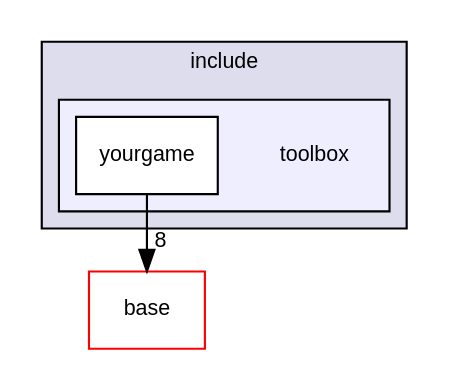
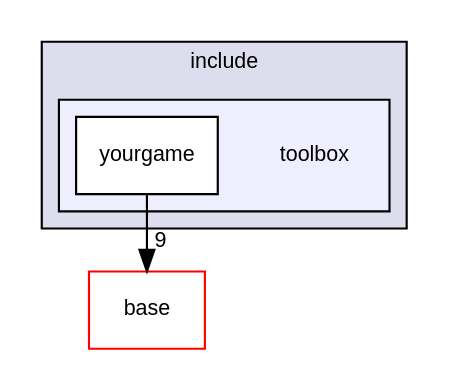
The diagram in dir_dc8d4286420b7aa8efcc9a53b027321f_dep.dot (duddel/yourgamelib), drawn with Graphviz before and after one commit. The commit also changed 121 other files, not shown here.

```diff
--- a/dir_dc8d4286420b7aa8efcc9a53b027321f_dep.dot
+++ b/dir_dc8d4286420b7aa8efcc9a53b027321f_dep.dot
@@ -1,15 +1,15 @@
 digraph "/home/runner/work/yourgamelib/yourgamelib/include/toolbox" {
   compound=true
   node [ fontsize="10", fontname="Helvetica"];
   edge [ labelfontsize="10", labelfontname="Helvetica"];
   subgraph clusterdir_d44c64559bbebec7f509842c48db8b23 {
     graph [ bgcolor="#ddddee", pencolor="black", label="include" fontname="Helvetica", fontsize="10", URL="dir_d44c64559bbebec7f509842c48db8b23.html"]
   subgraph clusterdir_dc8d4286420b7aa8efcc9a53b027321f {
     graph [ bgcolor="#eeeeff", pencolor="black", label="" URL="dir_dc8d4286420b7aa8efcc9a53b027321f.html"];
     dir_dc8d4286420b7aa8efcc9a53b027321f [shape=plaintext label="toolbox"];
     dir_a60850a87a477dbcc0e6f59871872d7a [shape=box label="yourgame" color="black" fillcolor="white" style="filled" URL="dir_a60850a87a477dbcc0e6f59871872d7a.html"];
   }
   }
   dir_ab1c81409f0df724f17c9ef30afee877 [shape=box label="base" fillcolor="white" style="filled" color="red" URL="dir_ab1c81409f0df724f17c9ef30afee877.html"];
-  dir_a60850a87a477dbcc0e6f59871872d7a->dir_ab1c81409f0df724f17c9ef30afee877 [headlabel="8", labeldistance=1.5 headhref="dir_000004_000001.html"];
+  dir_a60850a87a477dbcc0e6f59871872d7a->dir_ab1c81409f0df724f17c9ef30afee877 [headlabel="9", labeldistance=1.5 headhref="dir_000004_000001.html"];
 }
```
